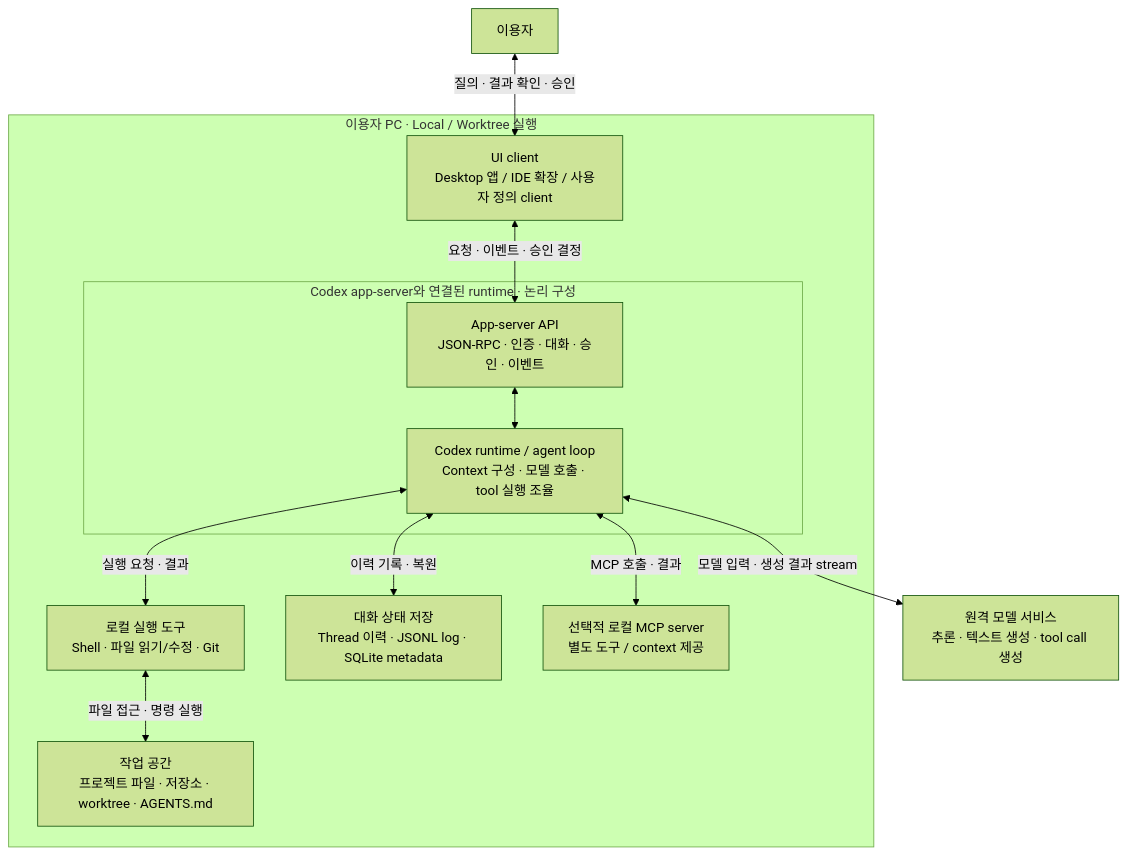
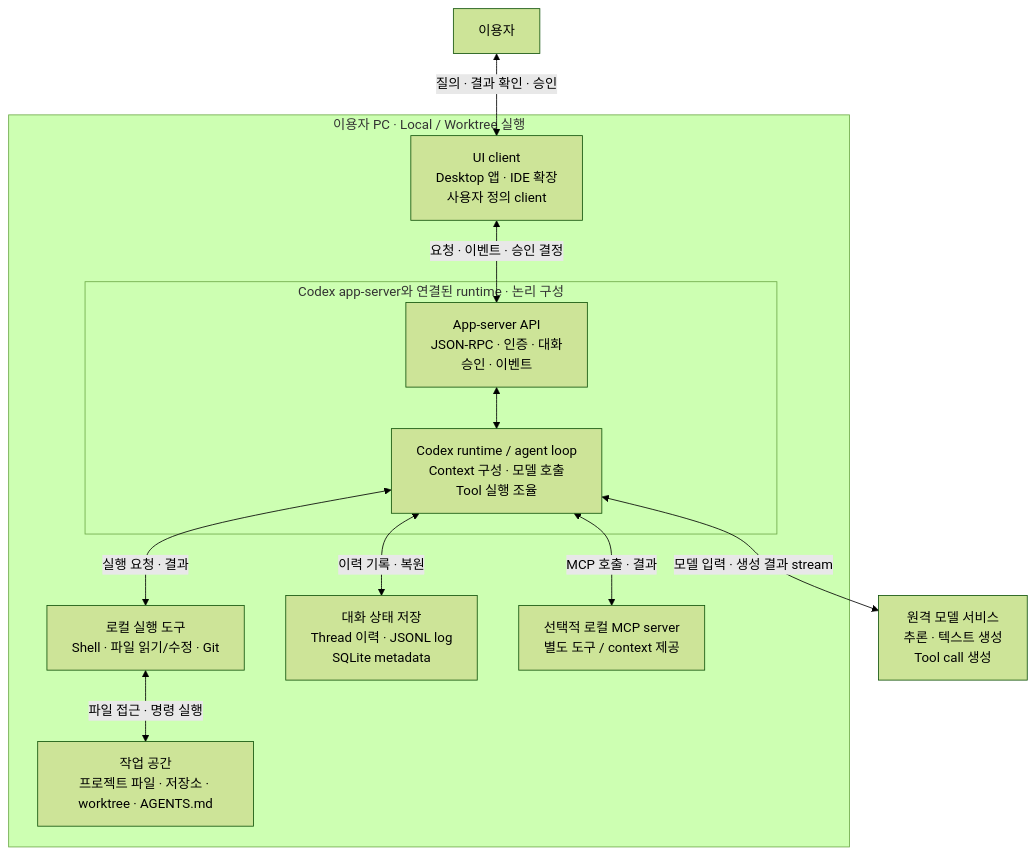
One commit to jk-kim0/skills-jk changed the first of 4 diagrams in docs/openai-llm-api/codex-app-server-architecture.md. Above: the diagram before and after it, drawn with Mermaid (forest theme). The commit also changed other lines of this file, not shown here.

````diff
--- a/docs/openai-llm-api/codex-app-server-architecture.md
+++ b/docs/openai-llm-api/codex-app-server-architecture.md
@@ -18,27 +18,27 @@
 ```mermaid
 flowchart TB
     User["이용자"]
 
     subgraph PC["이용자 PC · Local / Worktree 실행"]
-        UI["UI client<br/>Desktop 앱 / IDE 확장 / 사용자 정의 client"]
+        UI["UI client<br/>Desktop 앱 · IDE 확장<br/>사용자 정의 client"]
         subgraph Server["Codex app-server와 연결된 runtime · 논리 구성"]
-            RPC["App-server API<br/>JSON-RPC · 인증 · 대화 · 승인 · 이벤트"]
-            Agent["Codex runtime / agent loop<br/>Context 구성 · 모델 호출 · tool 실행 조율"]
+            RPC["App-server API<br/>JSON-RPC · 인증 · 대화<br/>승인 · 이벤트"]
+            Agent["Codex runtime / agent loop<br/>Context 구성 · 모델 호출<br/>Tool 실행 조율"]
             RPC <--> Agent
         end
         Tools["로컬 실행 도구<br/>Shell · 파일 읽기/수정 · Git"]
         Workspace["작업 공간<br/>프로젝트 파일 · 저장소 · worktree · AGENTS.md"]
-        State["대화 상태 저장<br/>Thread 이력 · JSONL log · SQLite metadata"]
+        State["대화 상태 저장<br/>Thread 이력 · JSONL log<br/>SQLite metadata"]
         MCP["선택적 로컬 MCP server<br/>별도 도구 / context 제공"]
 
         UI <-->|"요청 · 이벤트 · 승인 결정"| RPC
         Agent <-->|"실행 요청 · 결과"| Tools
         Tools <-->|"파일 접근 · 명령 실행"| Workspace
         Agent <-->|"이력 기록 · 복원"| State
         Agent <-->|"MCP 호출 · 결과"| MCP
     end
 
-    Model["원격 모델 서비스<br/>추론 · 텍스트 생성 · tool call 생성"]
+    Model["원격 모델 서비스<br/>추론 · 텍스트 생성<br/>Tool call 생성"]
     User <-->|"질의 · 결과 확인 · 승인"| UI
     Agent <-->|"모델 입력 · 생성 결과 stream"| Model
 ```
````
